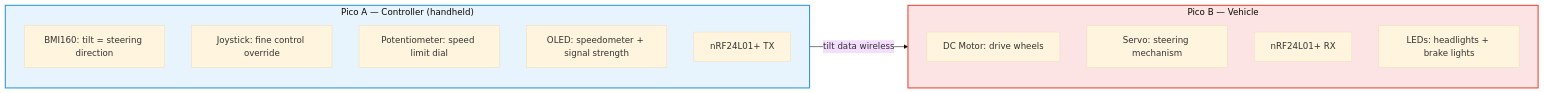
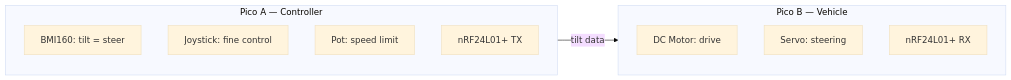
Before and after one commit to doyun-gu/hack-a-bot-2026: the sixth of 13 diagrams in docs/idea-shortlist-v2.md, drawn with Mermaid (base theme). The commit also changed other lines of this file and 3 other files, not shown here.

First line of the commit message:
Clean up diagrams + add EEE theory + ventilation application

````diff
--- a/docs/idea-shortlist-v2.md
+++ b/docs/idea-shortlist-v2.md
@@ -195,22 +174,17 @@
 ```mermaid
 graph LR
-    subgraph CTRL["Pico A — Controller (handheld)"]
-        C_IMU["BMI160: tilt = steering direction"]
-        C_JOY["Joystick: fine control override"]
-        C_POT["Potentiometer: speed limit dial"]
-        C_OLED["OLED: speedometer + signal strength"]
-        C_NRF["nRF24L01+ TX"]
+    subgraph CTRL["Pico A — Controller"]
+        C1[BMI160: tilt = steer]
+        C2[Joystick: fine control]
+        C3[Pot: speed limit]
+        C4[nRF24L01+ TX]
     end
 
     subgraph CAR["Pico B — Vehicle"]
-        V_MOTOR["DC Motor: drive wheels"]
-        V_SERVO["Servo: steering mechanism"]
-        V_NRF["nRF24L01+ RX"]
-        V_LED["LEDs: headlights + brake lights"]
+        V1[DC Motor: drive]
+        V2[Servo: steering]
+        V3[nRF24L01+ RX]
     end
 
-    CTRL -->|"tilt data wireless"| CAR
-
-    style CTRL fill:#e8f4fd,stroke:#3498db,stroke-width:2px
-    style CAR fill:#fce4e4,stroke:#e74c3c,stroke-width:2px
+    CTRL -->|tilt data| CAR
 ```
````
